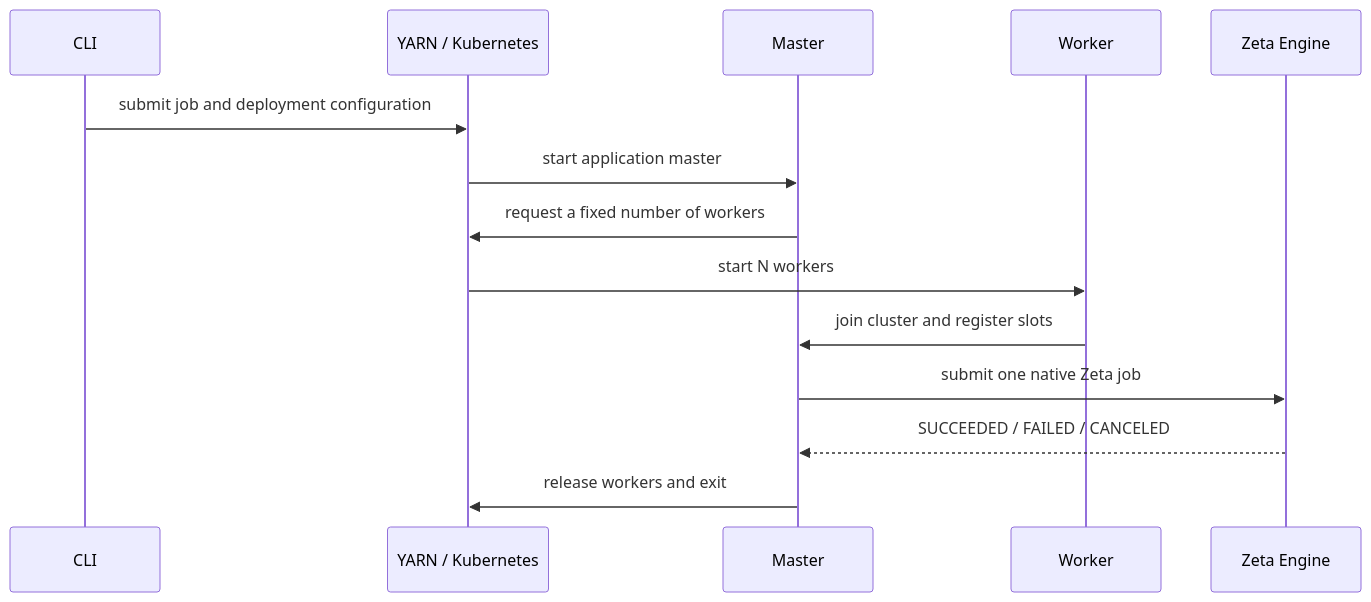
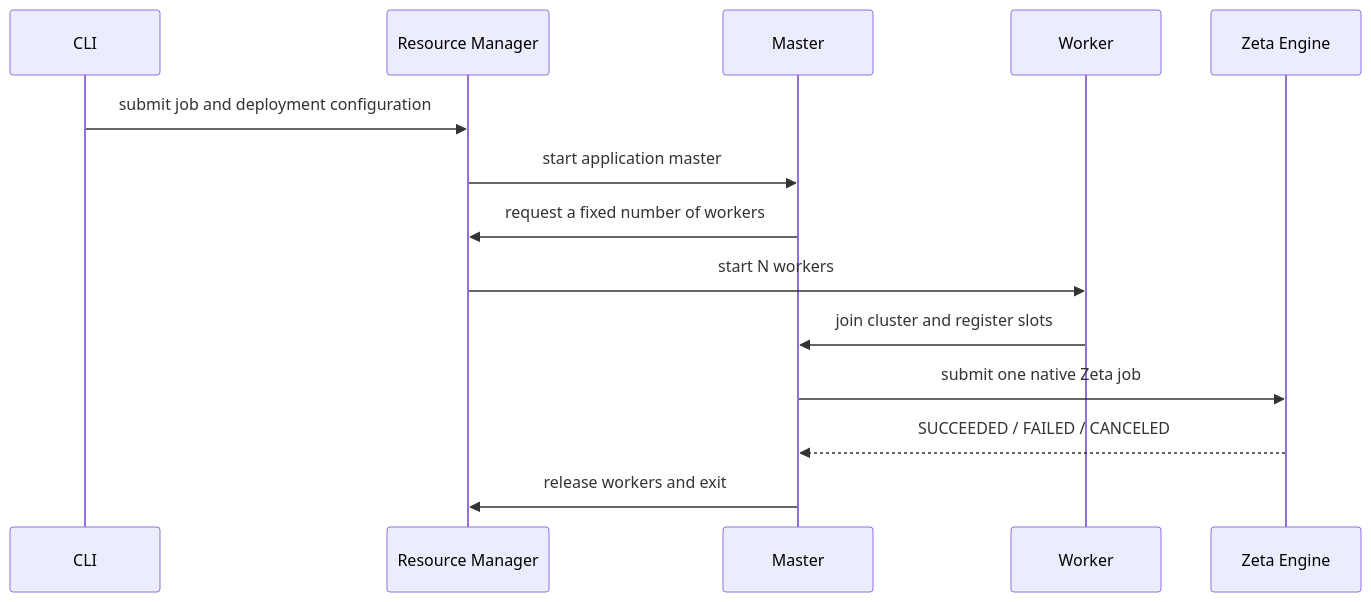
Before and after one commit to apache/seatunnel: the second of 3 diagrams in docs/en/getting-started/application/architecture.md, drawn with Mermaid. The commit also changed other lines of this file and 3 other files, not shown here.

Commit message:
[Docs][Zeta] Use resource manager in the application mode architecture diagram

````diff
--- a/docs/en/getting-started/application/architecture.md
+++ b/docs/en/getting-started/application/architecture.md
@@ -77,17 +77,17 @@
 ```mermaid
 sequenceDiagram
     participant CLI
-    participant Platform as YARN / Kubernetes
+    participant Platform as Resource Manager
     participant Master
     participant Worker
     participant Engine as Zeta Engine
 
     CLI->>Platform: submit job and deployment configuration
     Platform->>Master: start application master
     Master->>Platform: request a fixed number of workers
     Platform->>Worker: start N workers
     Worker->>Master: join cluster and register slots
     Master->>Engine: submit one native Zeta job
     Engine-->>Master: SUCCEEDED / FAILED / CANCELED
     Master->>Platform: release workers and exit
 ```
````
